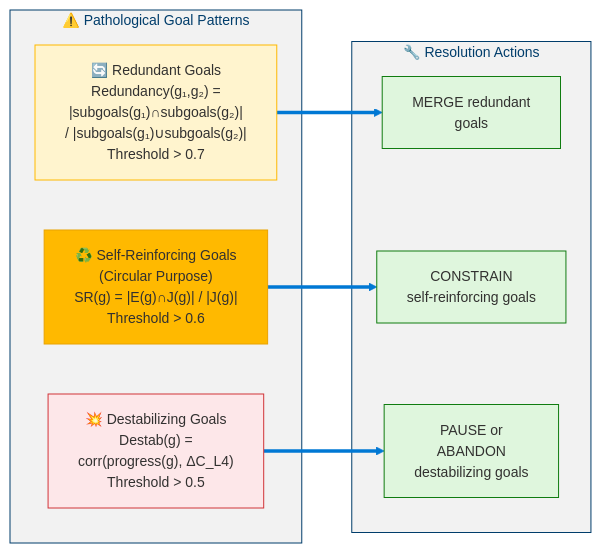
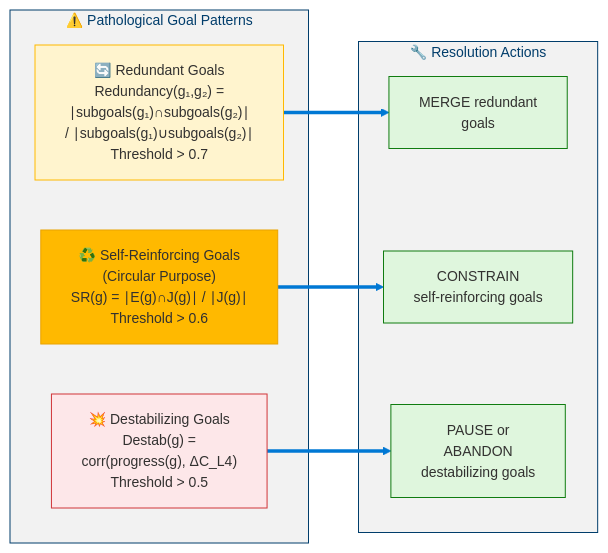
Before and after one commit to dotnetpower/mscp: the eighth of 12 diagrams in docs/levels/Level_4_5_Self_Architecting.md, drawn with Mermaid. The commit also changed other lines of this file and 16 other files, not shown here.

First line of the commit message:
fix: KaTeX rendering, mermaid pipe errors, wide layout, badge rendering

````diff
--- a/docs/levels/Level_4_5_Self_Architecting.md
+++ b/docs/levels/Level_4_5_Self_Architecting.md
@@ -407,24 +407,24 @@
 ```mermaid
 %%{init: {'theme': 'base', 'themeVariables': {'primaryColor': '#0078D4', 'primaryTextColor': '#003D6B', 'primaryBorderColor': '#003D6B', 'secondaryColor': '#50E6FF', 'secondaryTextColor': '#323130', 'secondaryBorderColor': '#00BCF2', 'tertiaryColor': '#F2F2F2', 'tertiaryTextColor': '#323130', 'lineColor': '#0078D4', 'textColor': '#323130', 'mainBkg': '#DEECF9', 'nodeBorder': '#0078D4', 'clusterBkg': '#F2F2F2', 'clusterBorder': '#003D6B', 'titleColor': '#003D6B', 'edgeLabelBackground': '#FFFFFF', 'fontSize': '14px'}}}%%
 flowchart LR
   classDef pathology fill:#FFF4CE,stroke:#FFB900,color:#323130
   classDef warning fill:#FFB900,stroke:#EAA300,color:#323130
   classDef danger fill:#FDE7E9,stroke:#D13438,color:#323130
   classDef action fill:#DFF6DD,stroke:#107C10,color:#323130
 
   subgraph Pathologies["⚠️ Pathological Goal Patterns"]
-    R["🔄 Redundant Goals<br/>Redundancy(g₁,g₂) =<br/>|subgoals(g₁)∩subgoals(g₂)|<br/>/ |subgoals(g₁)∪subgoals(g₂)|<br/>Threshold > 0.7"]:::pathology
-    S["♻️ Self-Reinforcing Goals<br/>(Circular Purpose)<br/>SR(g) = |E(g)∩J(g)| / |J(g)|<br/>Threshold > 0.6"]:::warning
+    R["🔄 Redundant Goals<br/>Redundancy(g₁,g₂) =<br/>∣subgoals(g₁)∩subgoals(g₂)∣<br/>/ ∣subgoals(g₁)∪subgoals(g₂)∣<br/>Threshold > 0.7"]:::pathology
+    S["♻️ Self-Reinforcing Goals<br/>(Circular Purpose)<br/>SR(g) = ∣E(g)∩J(g)∣ / ∣J(g)∣<br/>Threshold > 0.6"]:::warning
     D["💥 Destabilizing Goals<br/>Destab(g) =<br/>corr(progress(g), ΔC_L4)<br/>Threshold > 0.5"]:::danger
   end
 
   subgraph Actions["🔧 Resolution Actions"]
     RA["MERGE redundant<br/>goals"]:::action
     SA["CONSTRAIN<br/>self-reinforcing goals"]:::action
     DA["PAUSE or<br/>ABANDON<br/>destabilizing goals"]:::action
   end
 
   R ==> RA
   S ==> SA
   D ==> DA
 ```
````
